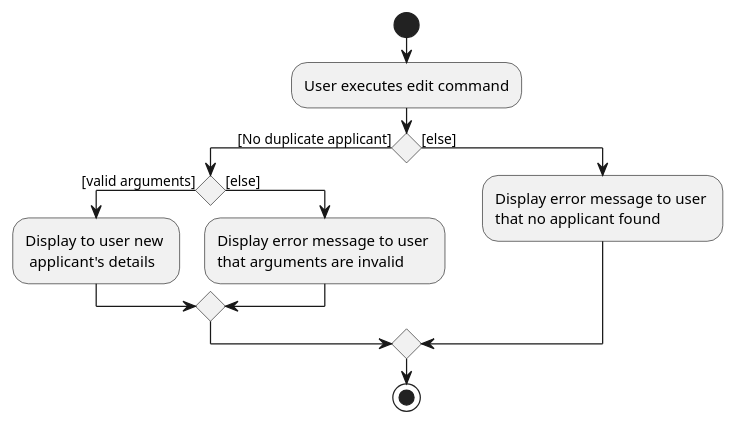
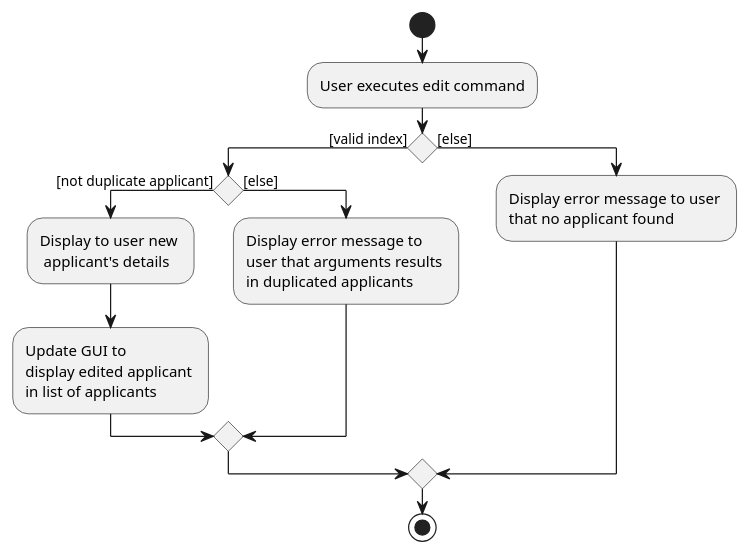
The diagram in docs/diagrams/EditActivityDiagram.puml (zzhikai/tp), drawn with PlantUML before and after one commit. The commit also changed 1 other file, not shown here.

Commit message:
update edit activity diagram

```diff
--- a/docs/diagrams/EditActivityDiagram.puml
+++ b/docs/diagrams/EditActivityDiagram.puml
@@ -1,18 +1,19 @@
 @startuml
 'https://plantuml.com/activity-diagram-beta
 
 start
 :User executes edit command;
-if () then ([No duplicate applicant])
-    if () then ([valid arguments])
+if () then ([valid index])
+    if () then ([not duplicate applicant])
     :Display to user new \n applicant's details;
+    :Update GUI to \ndisplay edited applicant \nin list of applicants ;
     else ([else])
-    :Display error message to user \nthat arguments are invalid;
+    :Display error message to \nuser that arguments results \nin duplicated applicants;
     endif
 else ([else])
 :Display error message to user \nthat no applicant found;
 endif
 
 stop
 
 @enduml
```
